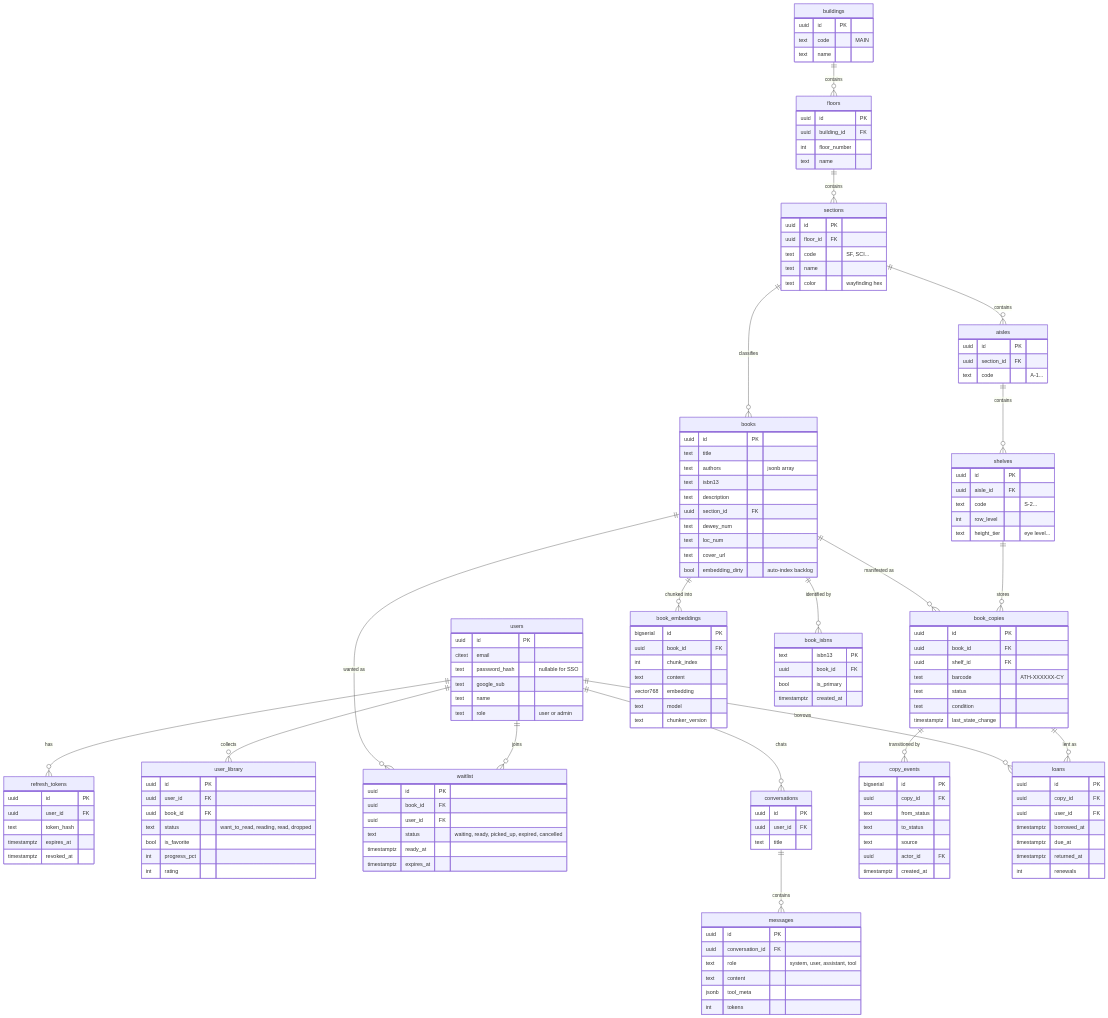
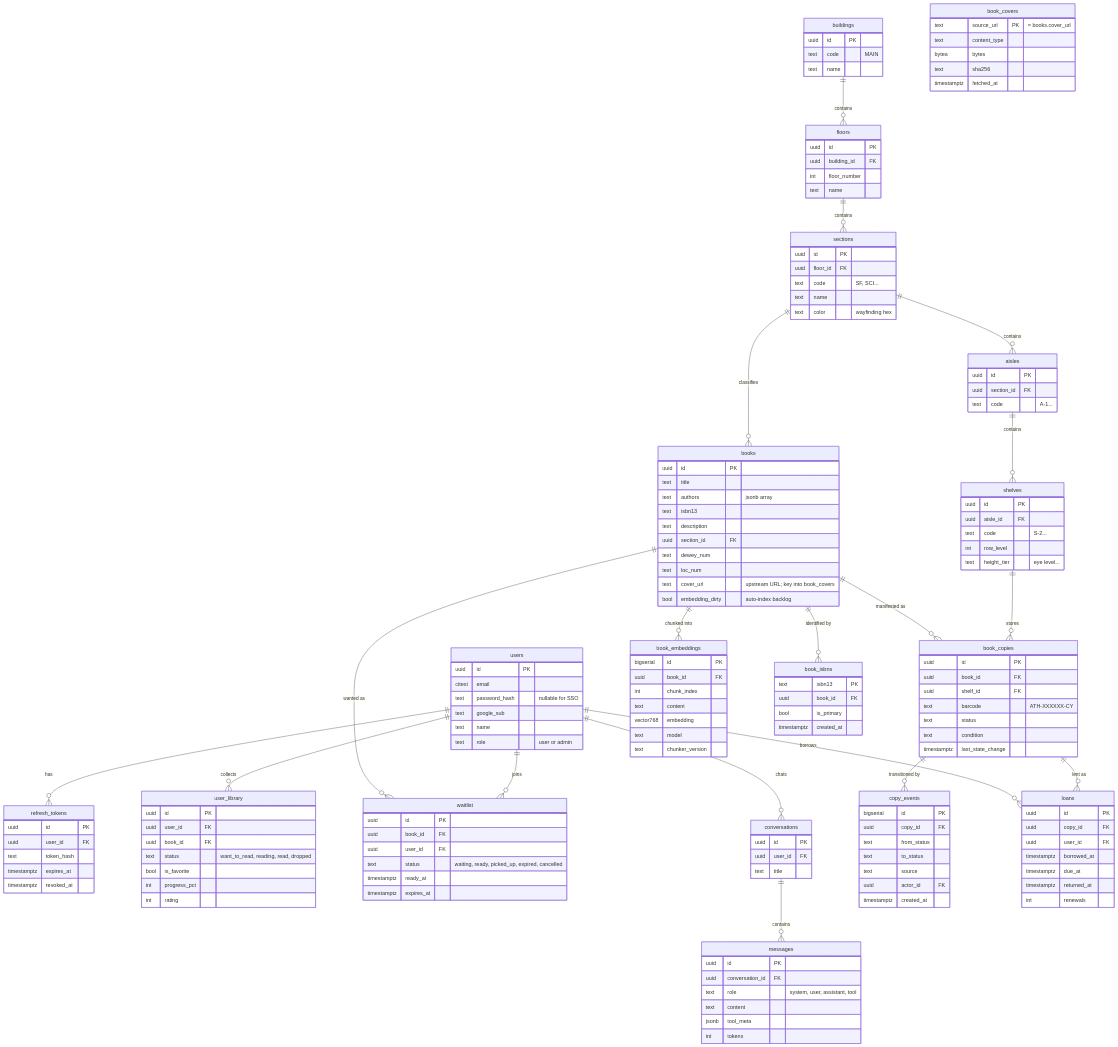
One commit to cattyman919/athenaeum changed the diagram in docs/02-data-model.md. Above: the diagram before and after it, drawn with Mermaid. The commit also changed other lines of this file and 39 other files, not shown here.

First line of the commit message:
perf(api): cache book covers in postgres and serve them from the api

```diff
--- a/docs/02-data-model.md
+++ b/docs/02-data-model.md
@@ -133,8 +134,15 @@
         uuid section_id FK
         text dewey_num
         text loc_num
-        text cover_url
+        text cover_url "upstream URL; key into book_covers"
         bool embedding_dirty "auto-index backlog"
+    }
+    book_covers {
+        text source_url PK "= books.cover_url"
+        text content_type
+        bytea bytes
+        text sha256
+        timestamptz fetched_at
     }
     book_copies {
         uuid id PK
```
